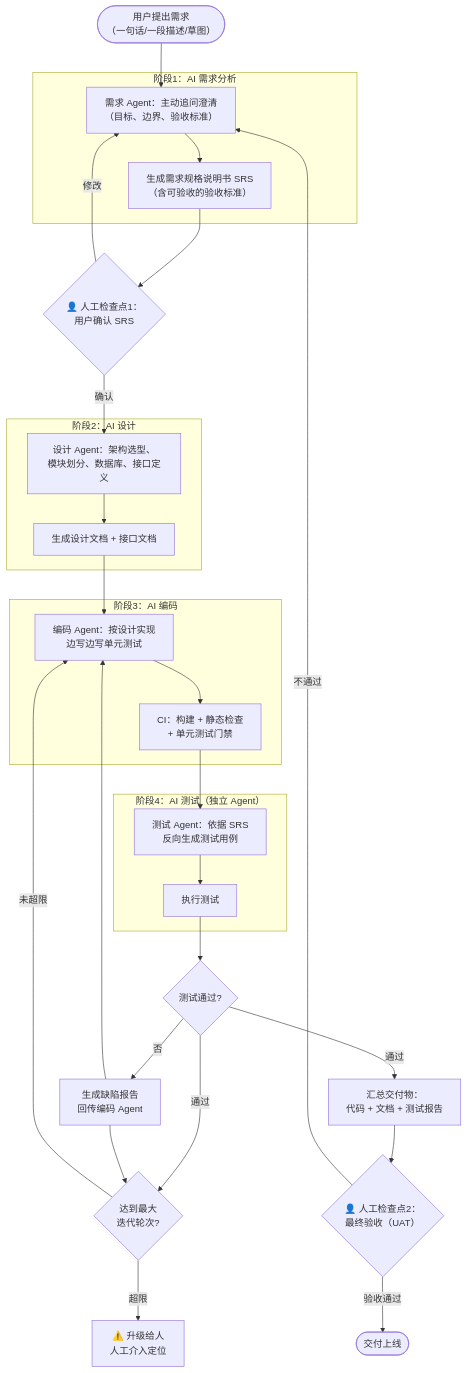
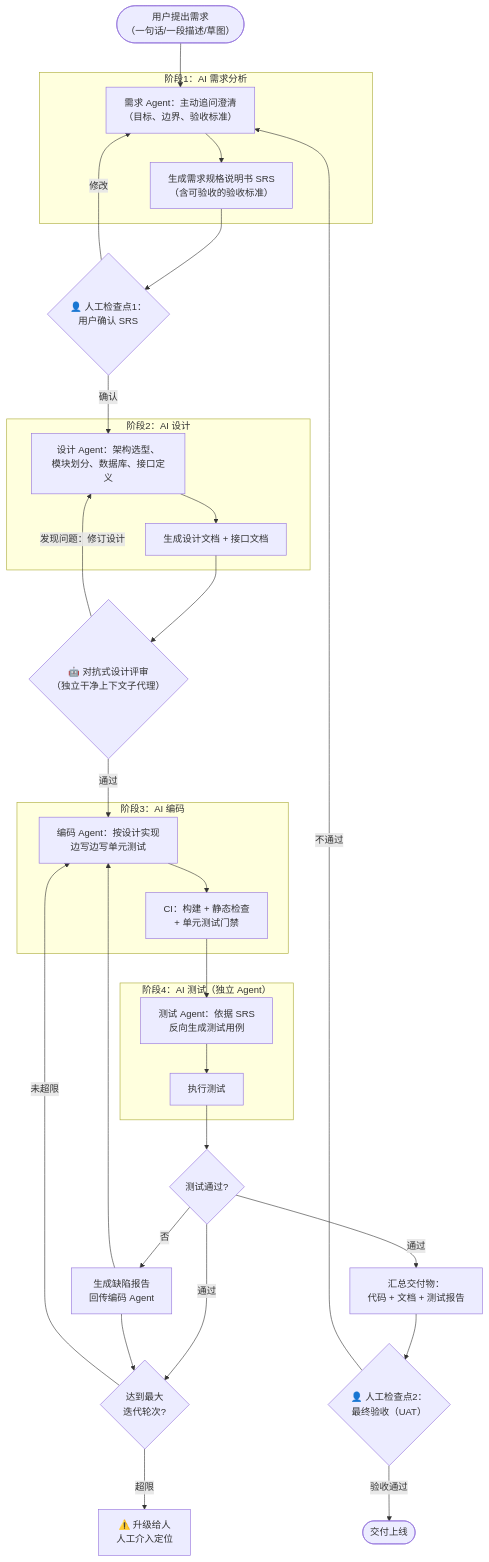
Before and after one commit to ChiangyangNPU/spec-pilot: the first of 2 diagrams in design-rationale.md, drawn with Mermaid. The commit also changed other lines of this file and 3 other files, not shown here.

First line of the commit message:
三处流程总览图补设计评审节点

````diff
--- a/design-rationale.md
+++ b/design-rationale.md
@@ -23,37 +23,39 @@
 ```mermaid
 flowchart TB
     U(["用户提出需求<br/>（一句话/一段描述/草图）"]) --> A
 
     subgraph P1 ["阶段1：AI 需求分析"]
         A["需求 Agent：主动追问澄清<br/>（目标、边界、验收标准）"] --> B["生成需求规格说明书 SRS<br/>（含可验收的验收标准）"]
     end
     B --> H1{"👤 人工检查点1：<br/>用户确认 SRS"}
     H1 -- 修改 --> A
     H1 -- 确认 --> C
 
     subgraph P2 ["阶段2：AI 设计"]
         C["设计 Agent：架构选型、<br/>模块划分、数据库、接口定义"] --> D["生成设计文档 + 接口文档"]
     end
-    D --> E
+    D --> R2{"🤖 对抗式设计评审<br/>（独立干净上下文子代理）"}
+    R2 -- 发现问题：修订设计 --> C
+    R2 -- 通过 --> E
 
     subgraph P3 ["阶段3：AI 编码"]
         E["编码 Agent：按设计实现<br/>边写边写单元测试"] --> F["CI：构建 + 静态检查<br/>+ 单元测试门禁"]
     end
     F --> G
 
     subgraph P4 ["阶段4：AI 测试（独立 Agent）"]
         G["测试 Agent：依据 SRS<br/>反向生成测试用例"] --> I["执行测试"]
     end
     I --> J{"测试通过?"}
     J -- 否 --> K["生成缺陷报告<br/>回传编码 Agent"]
     K --> E
     J -- 通过 --> L{"达到最大<br/>迭代轮次?"}
     K --> L
     L -- 超限 --> ESC["⚠️ 升级给人<br/>人工介入定位"]
     L -- 未超限 --> E
 
     J -- 通过 --> M["汇总交付物：<br/>代码 + 文档 + 测试报告"]
     M --> H3{"👤 人工检查点2：<br/>最终验收（UAT）"}
     H3 -- 验收通过 --> DONE(["交付上线"])
     H3 -- 不通过 --> A
 ```
````
